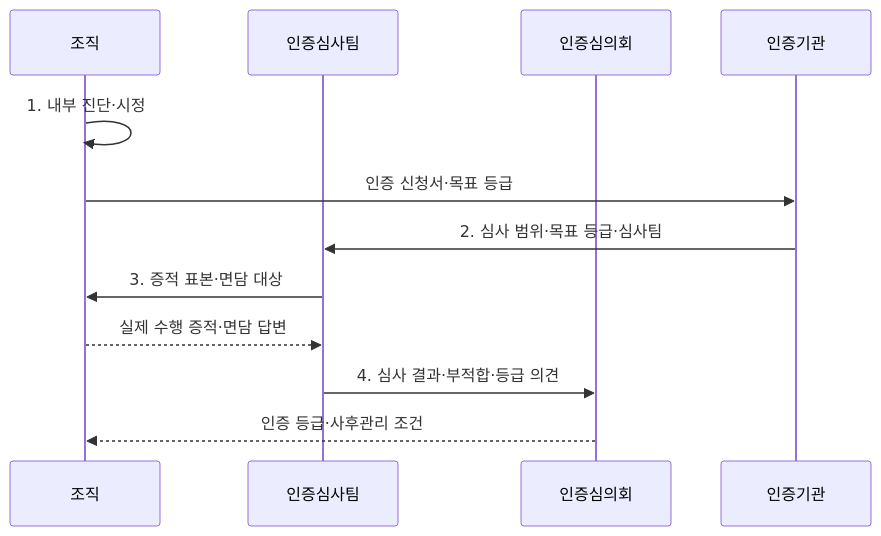
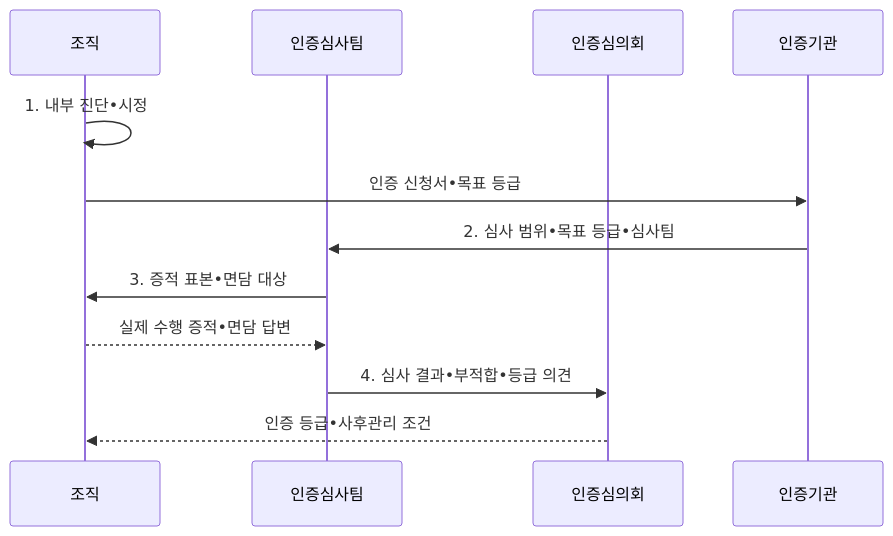
The second of 2 diagrams in src/content/docs/notes/03-software/080_sp_software_process_quality_certification.md (agnusdei1207/knowledge-base), drawn with Mermaid before and after one commit. The commit also changed other lines of this file and 953 other files, not shown here.

````diff
--- a/src/content/docs/notes/03-software/080_sp_software_process_quality_certification.md
+++ b/src/content/docs/notes/03-software/080_sp_software_process_quality_certification.md
@@ -108,14 +108,14 @@
 ```mermaid
 sequenceDiagram
     participant O as 조직
     participant A as 인증심사팀
     participant C as 인증심의회
     participant N as 인증기관
-    O->>O: 1. 내부 진단·시정
-    O->>N: 인증 신청서·목표 등급
-    N->>A: 2. 심사 범위·목표 등급·심사팀
-    A->>O: 3. 증적 표본·면담 대상
-    O-->>A: 실제 수행 증적·면담 답변
-    A->>C: 4. 심사 결과·부적합·등급 의견
-    C-->>O: 인증 등급·사후관리 조건
+    O->>O: 1. 내부 진단•시정
+    O->>N: 인증 신청서•목표 등급
+    N->>A: 2. 심사 범위•목표 등급•심사팀
+    A->>O: 3. 증적 표본•면담 대상
+    O-->>A: 실제 수행 증적•면담 답변
+    A->>C: 4. 심사 결과•부적합•등급 의견
+    C-->>O: 인증 등급•사후관리 조건
 ```
````
